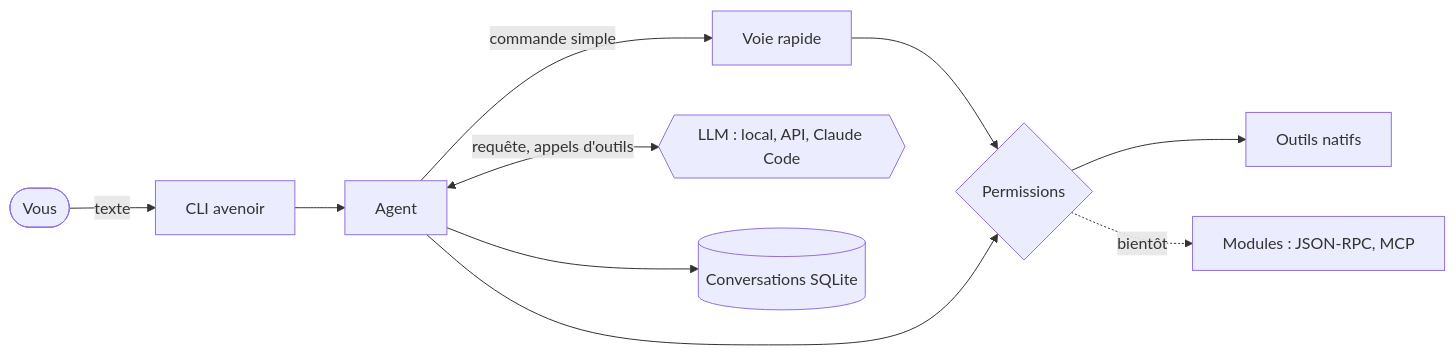
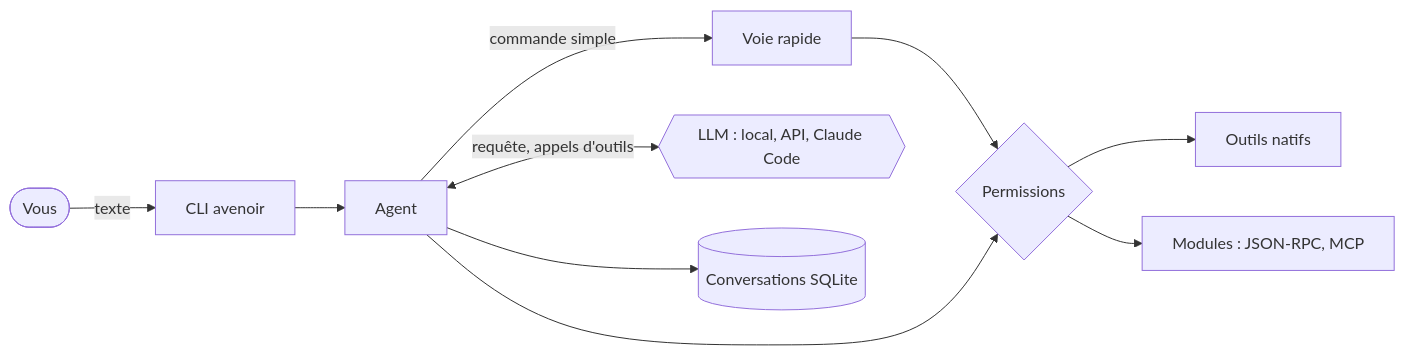
Before and after one commit to Echeance/Avenoir: the diagram in README.md, drawn with Mermaid. The commit also changed other lines of this file and 3 other files, not shown here.

````diff
--- a/README.md
+++ b/README.md
@@ -168,12 +181,12 @@
 ```mermaid
 flowchart LR
     U([Vous]) -->|texte| CLI["CLI avenoir"]
     CLI --> A["Agent"]
     A -->|commande simple| R["Voie rapide"]
     A <-->|requête, appels d'outils| L{{"LLM : local, API, Claude Code"}}
     R --> P{"Permissions"}
     A --> P
     P --> T["Outils natifs"]
-    P -.->|bientôt| M["Modules : JSON-RPC, MCP"]
+    P --> M["Modules : JSON-RPC, MCP"]
     A --> S[("Conversations SQLite")]
 ```
````
